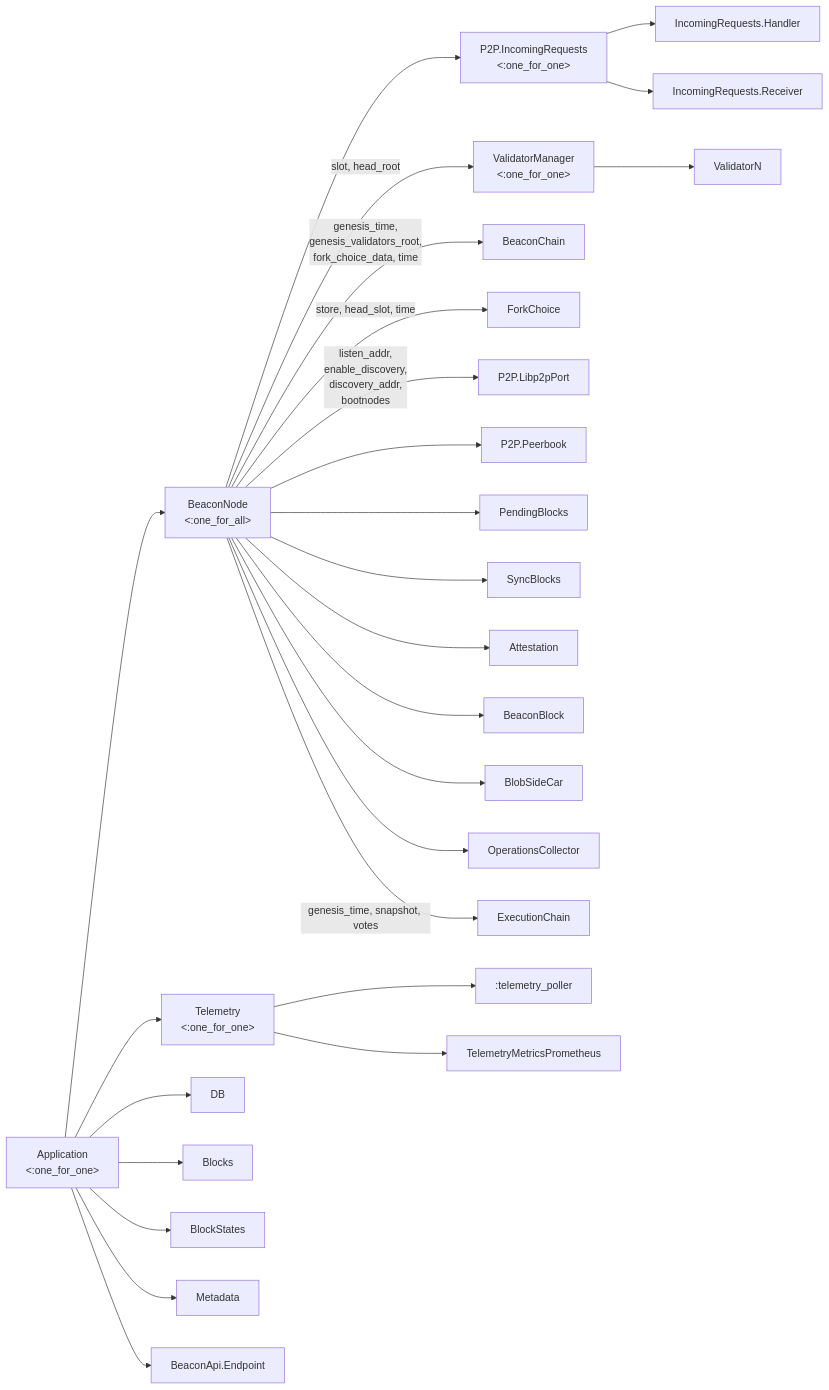
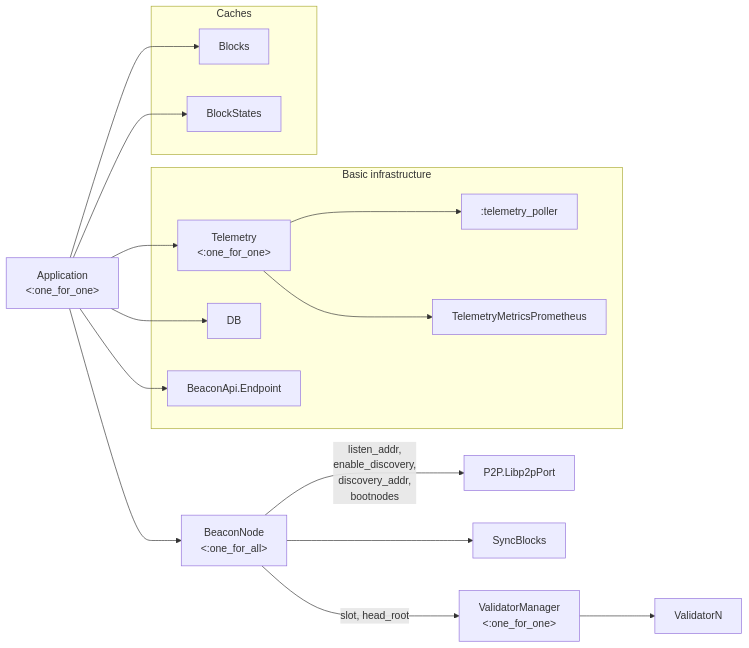
One commit to lambdaclass/lambda_ethereum_consensus changed the first of 6 diagrams in docs/architecture.md. Above: the diagram before and after it, drawn with Mermaid. The commit also changed other lines of this file, not shown here.

Commit message:
add execution docs

````diff
--- a/docs/architecture.md
+++ b/docs/architecture.md
@@ -9,37 +7,35 @@
 ```mermaid
 graph LR
 Application[Application <br> <:one_for_one>]
 BeaconNode[BeaconNode <br> <:one_for_all>]
-P2P.IncomingRequests[P2P.IncomingRequests <br> <:one_for_one>]
 ValidatorManager[ValidatorManager <br> <:one_for_one>]
 Telemetry[Telemetry <br> <:one_for_one>]
 
 Application --> Telemetry
 Application --> DB
 Application --> Blocks
 Application --> BlockStates
-Application --> Metadata
 Application --> BeaconNode
 Application --> BeaconApi.Endpoint
 
-BeaconNode -->|genesis_time,<br>genesis_validators_root,<br> fork_choice_data, time| BeaconChain 
-BeaconNode -->|store, head_slot, time| ForkChoice
+subgraph Basic infrastructure
+    DB
+    BeaconApi.Endpoint
+    Telemetry
+    :telemetry_poller
+    TelemetryMetricsPrometheus
+end
+
+subgraph Caches
+    Blocks
+    BlockStates
+end
+
 BeaconNode -->|listen_addr, <br>enable_discovery, <br> discovery_addr, <br>bootnodes| P2P.Libp2pPort
-BeaconNode --> P2P.Peerbook
-BeaconNode --> P2P.IncomingRequests
-BeaconNode --> PendingBlocks
 BeaconNode --> SyncBlocks
-BeaconNode --> Attestation
-BeaconNode --> BeaconBlock
-BeaconNode --> BlobSideCar
-BeaconNode --> OperationsCollector
 BeaconNode -->|slot, head_root| ValidatorManager
-BeaconNode -->|genesis_time, snapshot, votes| ExecutionChain
 ValidatorManager --> ValidatorN
-
-P2P.IncomingRequests --> IncomingRequests.Handler
-P2P.IncomingRequests --> IncomingRequests.Receiver
 
 Telemetry --> :telemetry_poller
 Telemetry --> TelemetryMetricsPrometheus
 ```
````
